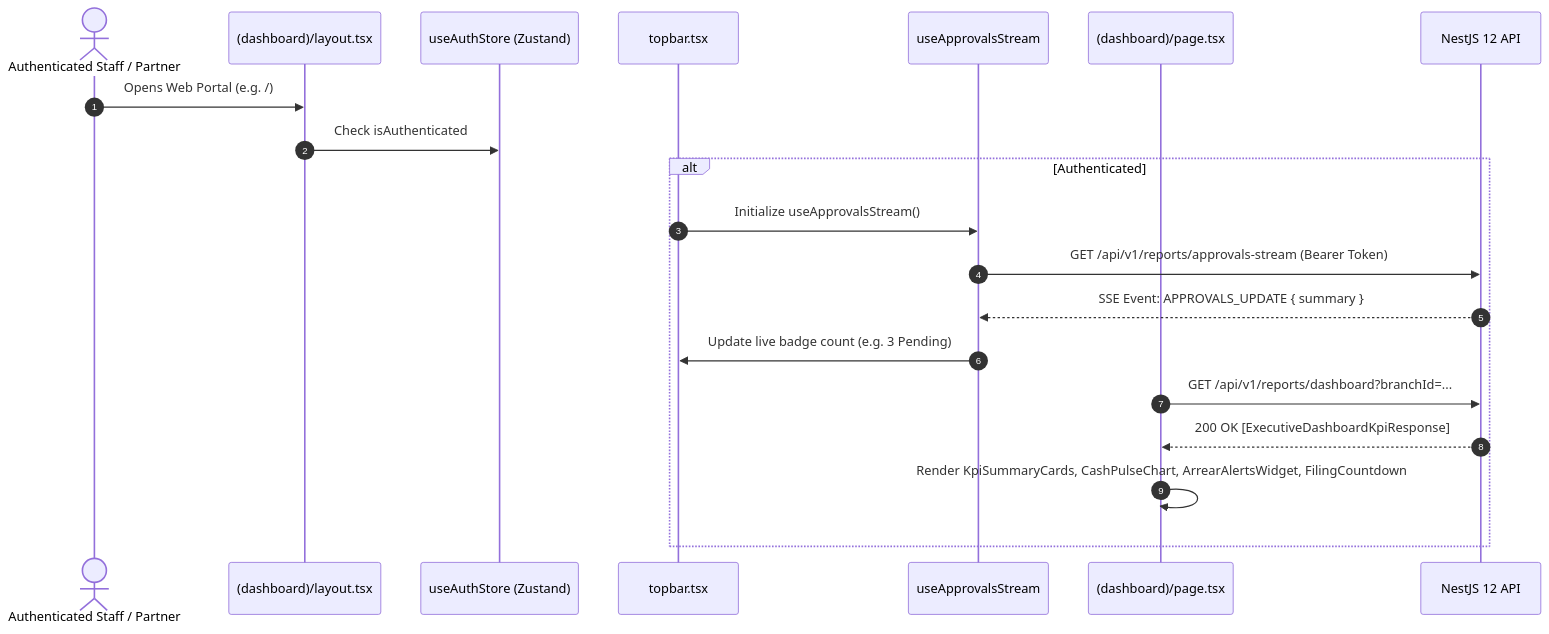
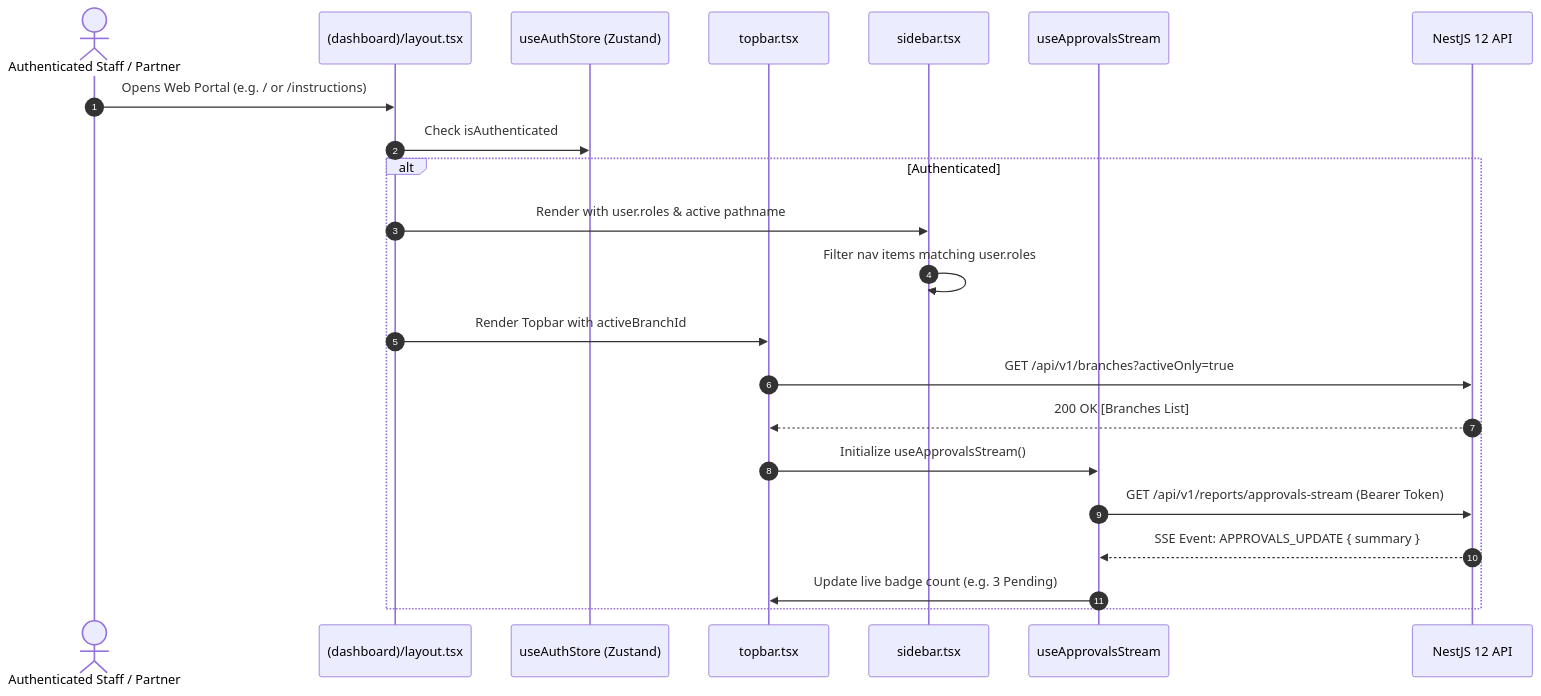
Before and after one commit to Kathir-24/Kumaran-finance: the first of 3 diagrams in docs/web/dashboard-shell-and-rbac.md, drawn with Mermaid. The commit also changed other lines of this file and 1 other file, not shown here.

````diff
--- a/docs/web/dashboard-shell-and-rbac.md
+++ b/docs/web/dashboard-shell-and-rbac.md
@@ -55,23 +112,25 @@
 ```mermaid
 sequenceDiagram
     autonumber
     actor Staff as Authenticated Staff / Partner
     participant Layout as (dashboard)/layout.tsx
     participant Store as useAuthStore (Zustand)
     participant Topbar as topbar.tsx
+    participant Sidebar as sidebar.tsx
     participant Hook as useApprovalsStream
-    participant Page as (dashboard)/page.tsx
     participant API as NestJS 12 API
 
-    Staff->>Layout: Opens Web Portal (e.g. /)
+    Staff->>Layout: Opens Web Portal (e.g. / or /instructions)
     Layout->>Store: Check isAuthenticated
     alt Authenticated
+        Layout->>Sidebar: Render with user.roles & active pathname
+        Sidebar->>Sidebar: Filter nav items matching user.roles
+        Layout->>Topbar: Render Topbar with activeBranchId
+        Topbar->>API: GET /api/v1/branches?activeOnly=true
+        API-->>Topbar: 200 OK [Branches List]
         Topbar->>Hook: Initialize useApprovalsStream()
         Hook->>API: GET /api/v1/reports/approvals-stream (Bearer Token)
         API-->>Hook: SSE Event: APPROVALS_UPDATE { summary }
         Hook->>Topbar: Update live badge count (e.g. 3 Pending)
-        Page->>API: GET /api/v1/reports/dashboard?branchId=...
-        API-->>Page: 200 OK [ExecutiveDashboardKpiResponse]
-        Page->>Page: Render KpiSummaryCards, CashPulseChart, ArrearAlertsWidget, FilingCountdown
     end
 ```
````
